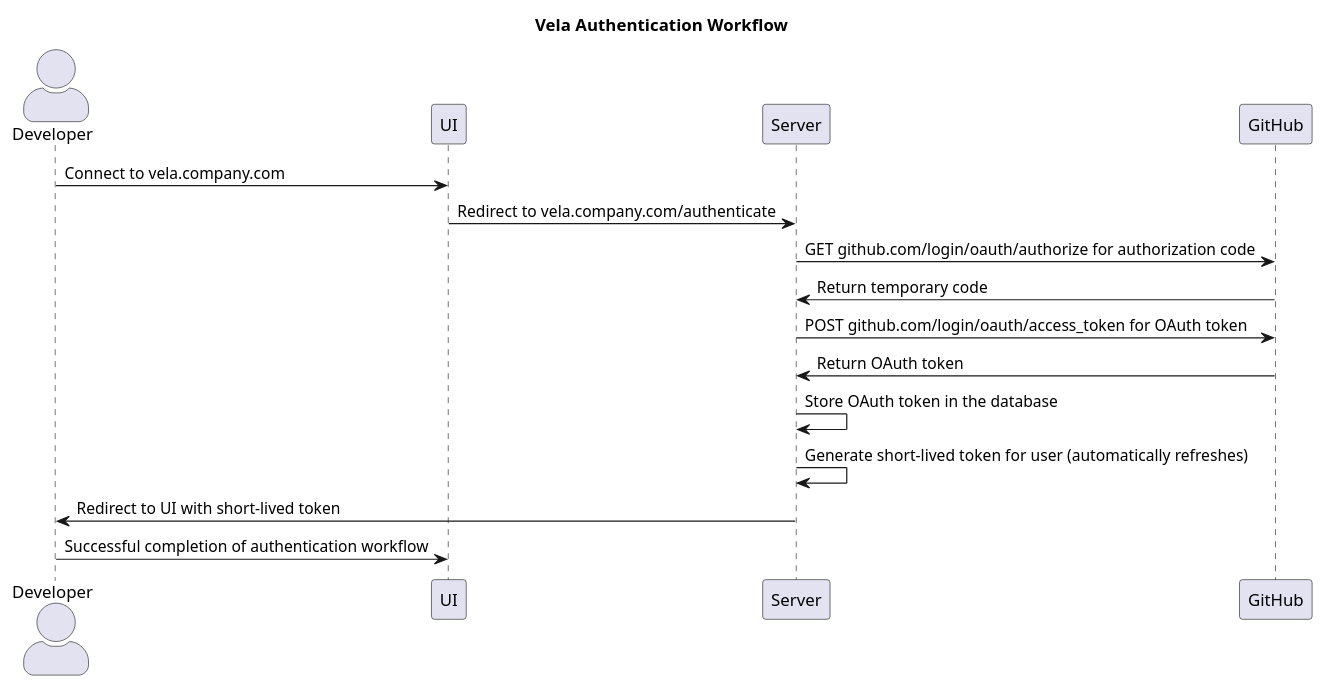
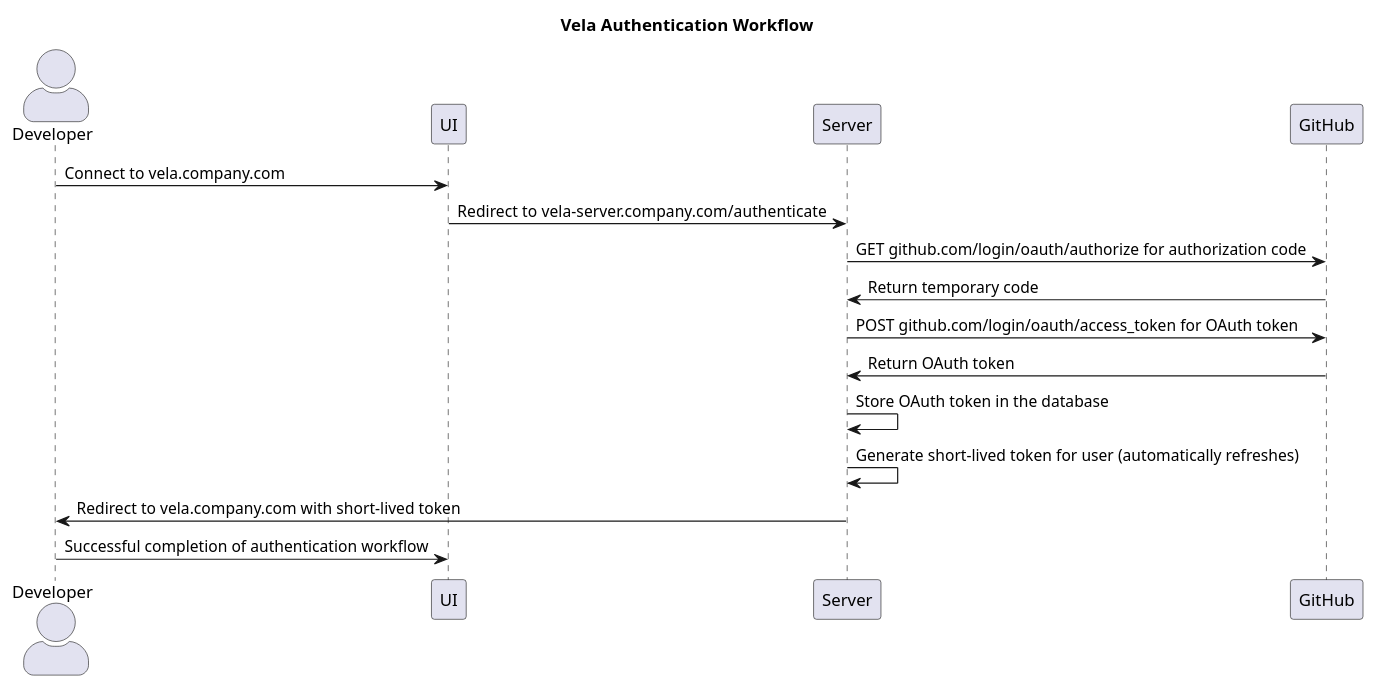
One commit to jbrockopp/docs changed the diagram in content/administration/server/reference/authentication_workflow.puml. Above: the diagram before and after it, drawn with PlantUML. The commit also changed 18 other files, not shown here.

```diff
--- a/content/administration/server/reference/authentication_workflow.puml
+++ b/content/administration/server/reference/authentication_workflow.puml
@@ -1,23 +1,23 @@
 @startuml
 
 title Vela Authentication Workflow
 
 skinparam actorStyle awesome
 actor "Developer" as Developer
 
 participant "UI" as UI
 participant "Server" as Server
 participant "GitHub" as Github
 
 Developer -> UI : Connect to vela.company.com
-UI -> Server : Redirect to vela.company.com/authenticate
+UI -> Server : Redirect to vela-server.company.com/authenticate
 Server -> Github : GET github.com/login/oauth/authorize for authorization code
 Github -> Server : Return temporary code
 Server -> Github : POST github.com/login/oauth/access_token for OAuth token
 Github -> Server : Return OAuth token
 Server -> Server : Store OAuth token in the database
 Server -> Server : Generate short-lived token for user (automatically refreshes)
-Server -> Developer : Redirect to UI with short-lived token
+Server -> Developer : Redirect to vela.company.com with short-lived token
 Developer -> UI : Successful completion of authentication workflow
 
 @enduml
```
